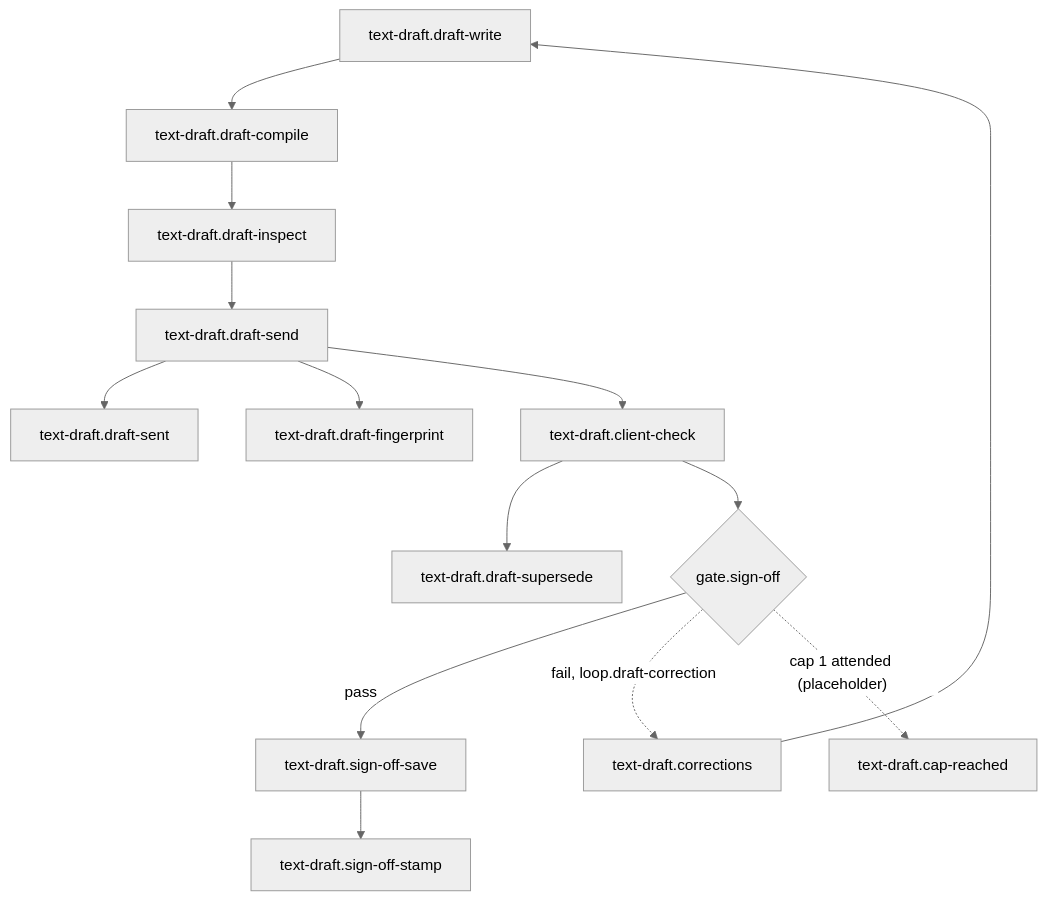
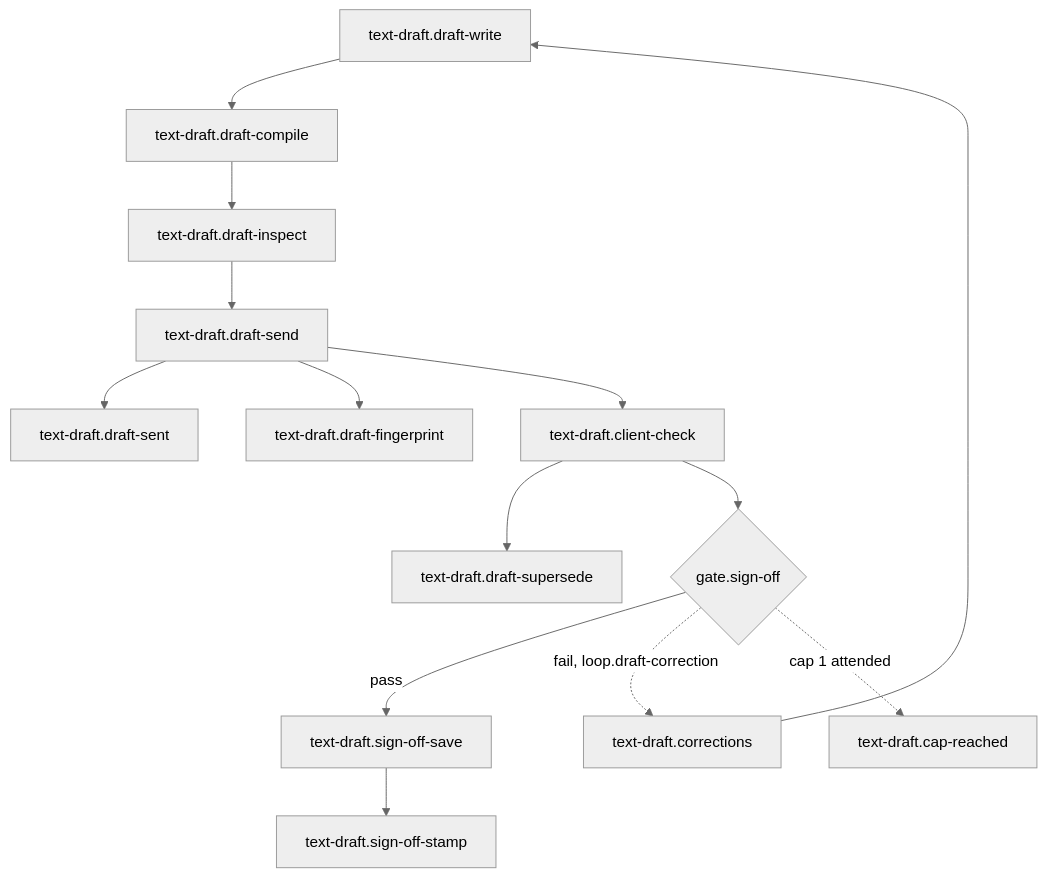
One commit to jimzord12/cvgen changed the diagram in docs/workflow/04-text-draft/README.md. Above: the diagram before and after it, drawn with Mermaid (neutral theme). The commit also changed other lines of this file and 32 other files, not shown here.

````diff
--- a/docs/workflow/04-text-draft/README.md
+++ b/docs/workflow/04-text-draft/README.md
@@ -78,30 +80,30 @@
 ```mermaid
 flowchart TD
   %% An arrow implied by a longer path is left out, unless that path runs through an optional step with another condition; the tables list every input and handover.
   s_text_draft__draft_write["text-draft.draft-write"]
   s_text_draft__draft_compile["text-draft.draft-compile"]
   s_text_draft__draft_inspect["text-draft.draft-inspect"]
   s_text_draft__draft_send["text-draft.draft-send"]
   s_text_draft__draft_sent["text-draft.draft-sent"]
   s_text_draft__draft_fingerprint["text-draft.draft-fingerprint"]
   s_text_draft__client_check["text-draft.client-check"]
   s_text_draft__draft_supersede["text-draft.draft-supersede"]
   s_text_draft__corrections["text-draft.corrections"]
   s_text_draft__sign_off_save["text-draft.sign-off-save"]
   s_text_draft__sign_off_stamp["text-draft.sign-off-stamp"]
   s_text_draft__cap_reached["text-draft.cap-reached"]
   g_gate__sign_off{"gate.sign-off"}
   s_text_draft__draft_write --> s_text_draft__draft_compile
   s_text_draft__draft_compile --> s_text_draft__draft_inspect
   s_text_draft__draft_inspect --> s_text_draft__draft_send
   s_text_draft__draft_send --> s_text_draft__draft_sent
   s_text_draft__draft_send --> s_text_draft__draft_fingerprint
   s_text_draft__draft_send --> s_text_draft__client_check
   s_text_draft__client_check --> s_text_draft__draft_supersede
   s_text_draft__corrections --> s_text_draft__draft_write
   s_text_draft__sign_off_save --> s_text_draft__sign_off_stamp
   s_text_draft__client_check --> g_gate__sign_off
   g_gate__sign_off -->|"pass"| s_text_draft__sign_off_save
   g_gate__sign_off -.->|"fail, loop.draft-correction"| s_text_draft__corrections
-  g_gate__sign_off -.->|"cap 1 attended (placeholder)"| s_text_draft__cap_reached
+  g_gate__sign_off -.->|"cap 1 attended"| s_text_draft__cap_reached
 ```
````
